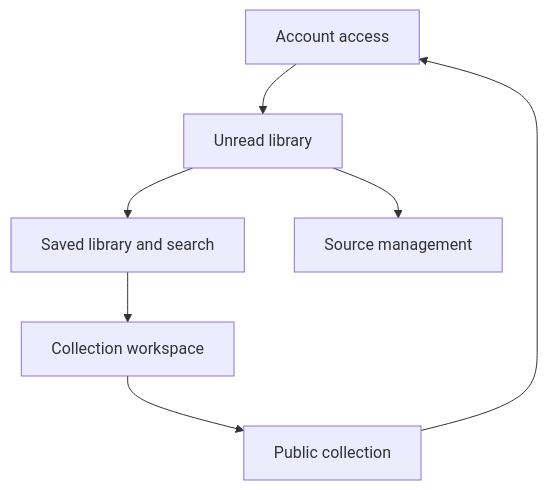
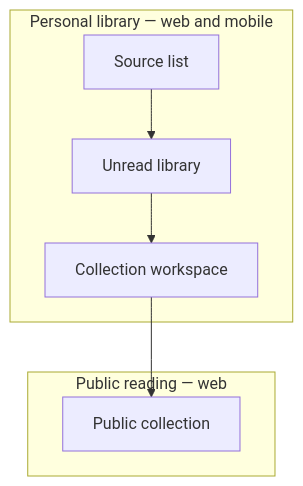
Before and after one commit to businesslens/pdd: the diagram in blueprints/content-feed-reader/references/screen-map.md, drawn with Mermaid. The commit also changed other lines of this file and 437 other files, not shown here.

````diff
--- a/blueprints/content-feed-reader/references/screen-map.md
+++ b/blueprints/content-feed-reader/references/screen-map.md
@@ -7,16 +7,16 @@
 ```mermaid
 flowchart TD
-  account[Account access]
-  unread[Unread library]
-  saved[Saved library and search]
-  sources[Source management]
-  collections[Collection workspace]
-  public[Public collection]
+  subgraph library[Personal library — web and mobile]
+    sources[Source list]
+    unread[Unread library]
+    collections[Collection workspace]
+  end
 
-  account --> unread
-  unread --> saved
-  unread --> sources
-  saved --> collections
-  collections --> public
-  public --> account
+  subgraph public[Public reading — web]
+    shared[Public collection]
+  end
+
+  sources --> unread
+  unread --> collections
+  collections --> shared
 ```
````
